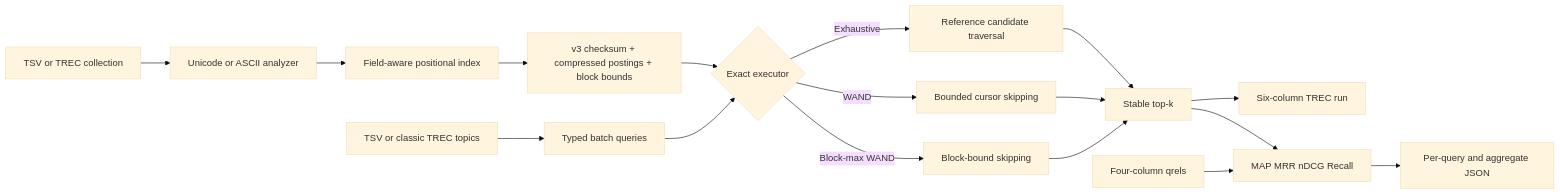
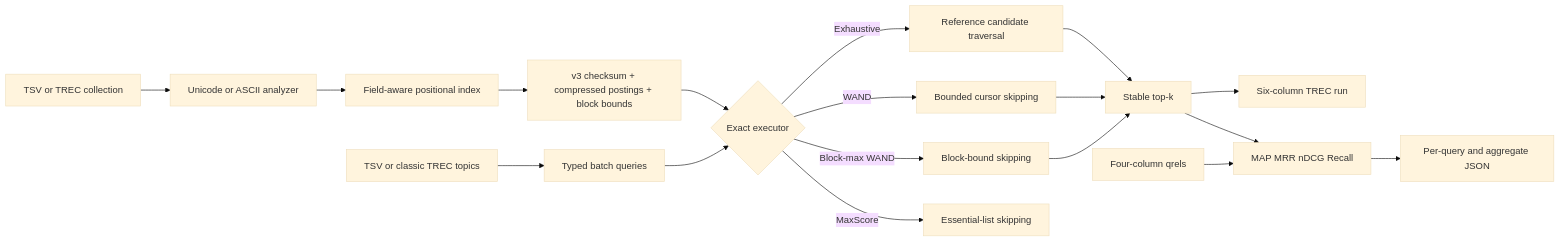
One commit to appleweiping/IndexSail changed the diagram in README.md. Above: the diagram before and after it, drawn with Mermaid (base theme). The commit also changed other lines of this file and 9 other files, not shown here.

Commit message:
Add exact MaxScore retrieval executor

````diff
--- a/README.md
+++ b/README.md
@@ -36,19 +36,20 @@
 ```mermaid
 flowchart LR
     A[TSV or TREC collection] --> B[Unicode or ASCII analyzer]
     B --> C[Field-aware positional index]
     C --> D[v3 checksum + compressed postings + block bounds]
     T[TSV or classic TREC topics] --> Q[Typed batch queries]
     D --> E{Exact executor}
     Q --> E
     E -->|Exhaustive| X[Reference candidate traversal]
     E -->|WAND| W[Bounded cursor skipping]
     E -->|Block-max WAND| BW[Block-bound skipping]
+    E -->|MaxScore| MS[Essential-list skipping]
     X --> K[Stable top-k]
     W --> K
     BW --> K
     K --> R[Six-column TREC run]
     J[Four-column qrels] --> M[MAP MRR nDCG Recall]
     K --> M
     M --> O[Per-query and aggregate JSON]
 ```
````
